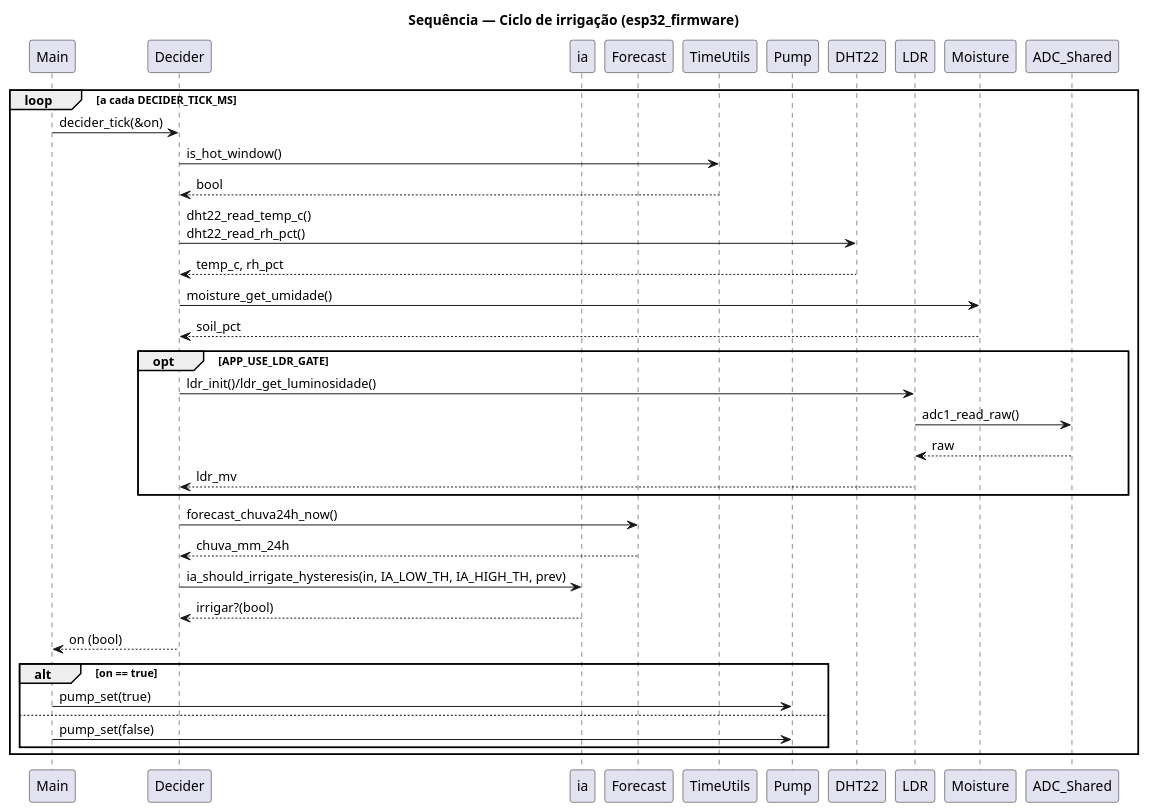
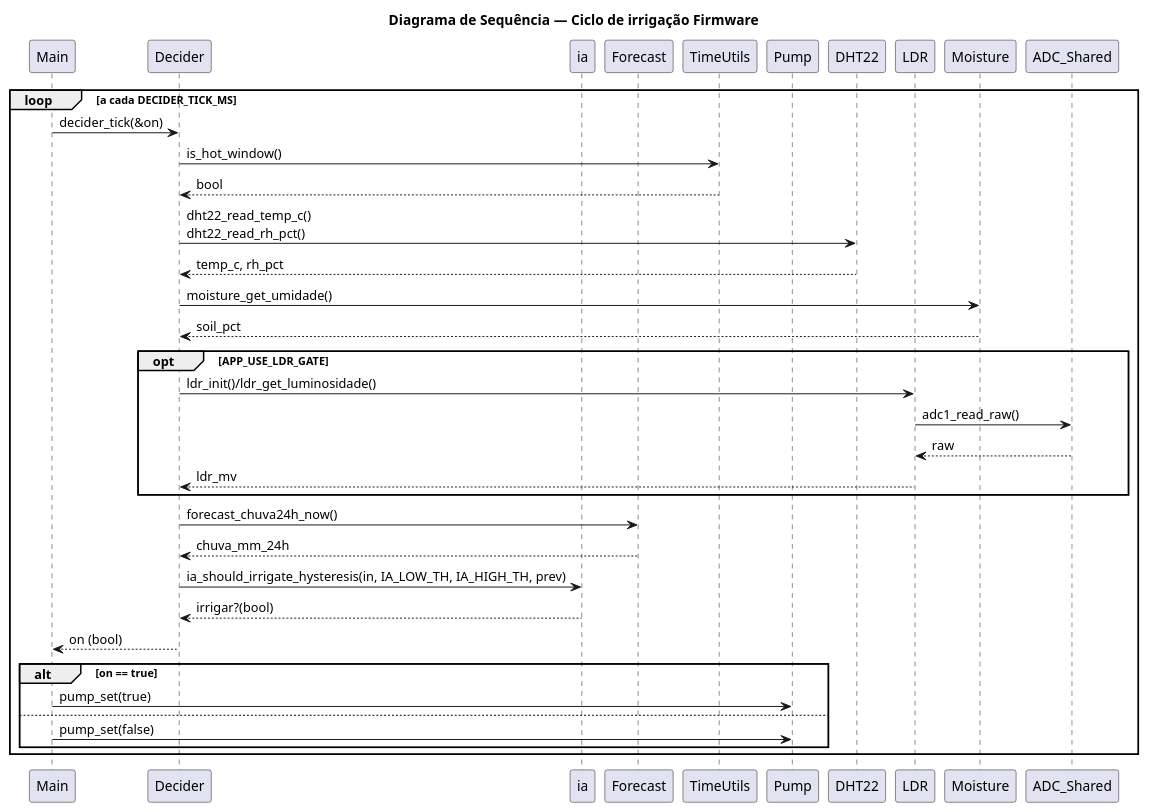
The diagram in plantuml/diagramaDeSequenciaEsp32Firmware.puml (NahanRezende/edge-ai-mlops-smart-irrigation-esp32), drawn with PlantUML before and after one commit. The commit also changed 14 other files, not shown here.

```diff
--- a/plantuml/diagramaDeSequenciaEsp32Firmware.puml
+++ b/plantuml/diagramaDeSequenciaEsp32Firmware.puml
@@ -1,48 +1,48 @@
 @startuml
-title Sequência — Ciclo de irrigação (esp32_firmware)
+title Diagrama de Sequência — Ciclo de irrigação Firmware
 
 participant Main
 participant Decider
 participant ia
 participant Forecast
 participant TimeUtils
 participant Pump
 participant DHT22
 participant LDR
 participant Moisture
 participant ADC_Shared
 
 loop a cada DECIDER_TICK_MS
   Main -> Decider : decider_tick(&on)
 
   Decider -> TimeUtils : is_hot_window()
   TimeUtils --> Decider : bool
 
   Decider -> DHT22 : dht22_read_temp_c()\ndht22_read_rh_pct()
   DHT22 --> Decider : temp_c, rh_pct
 
   Decider -> Moisture : moisture_get_umidade()
   Moisture --> Decider : soil_pct
 
   opt APP_USE_LDR_GATE
     Decider -> LDR : ldr_init()/ldr_get_luminosidade()
     LDR -> ADC_Shared : adc1_read_raw()
     ADC_Shared --> LDR : raw
     LDR --> Decider : ldr_mv
   end
 
   Decider -> Forecast : forecast_chuva24h_now()
   Forecast --> Decider : chuva_mm_24h
 
   Decider -> ia : ia_should_irrigate_hysteresis(in, IA_LOW_TH, IA_HIGH_TH, prev)
   ia --> Decider : irrigar?(bool)
 
   Decider --> Main : on (bool)
 
   alt on == true
     Main -> Pump : pump_set(true)
   else
     Main -> Pump : pump_set(false)
   end
 end
 @enduml
```
